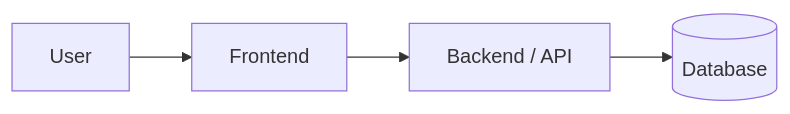
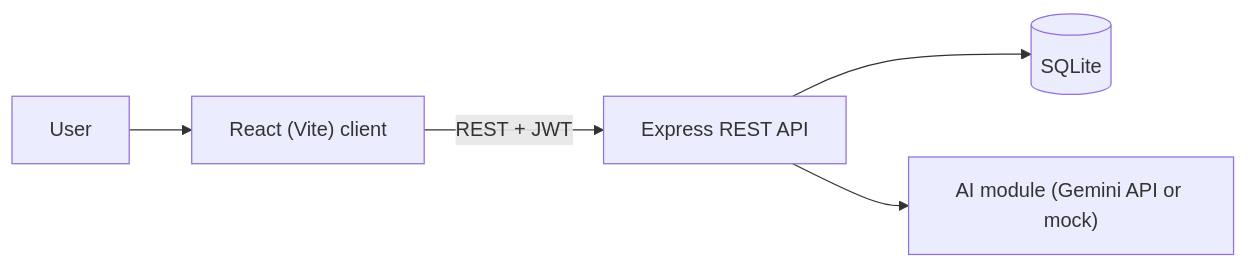
Before and after one commit to SENG383-Web2Dev/WebProject: the first of 3 diagrams in docs/SDD.md, drawn with Mermaid. The commit also changed other lines of this file, not shown here.

First line of the commit message:
WEB-28 Add architecture, data model and API list to SDD (stage A)

````diff
--- a/docs/SDD.md
+++ b/docs/SDD.md
@@ -17,6 +17,7 @@
 ```mermaid
 flowchart LR
-    User --> Frontend
-    Frontend --> Backend["Backend / API"]
-    Backend --> DB[(Database)]
+    User --> Frontend["React (Vite) client"]
+    Frontend -->|REST + JWT| Backend["Express REST API"]
+    Backend --> DB[(SQLite)]
+    Backend --> AI["AI module (Gemini API or mock)"]
 ```
````
